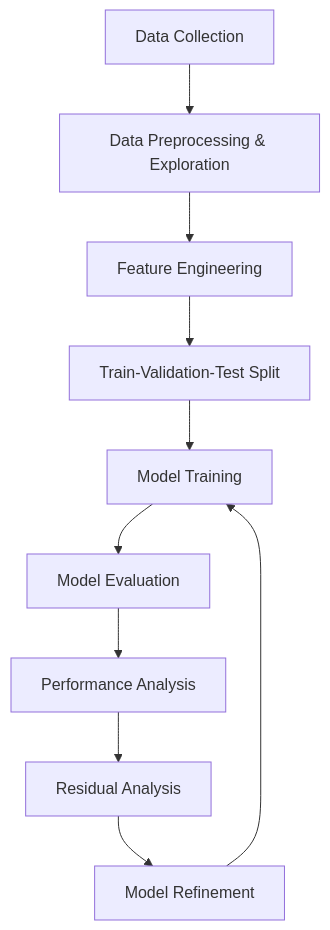
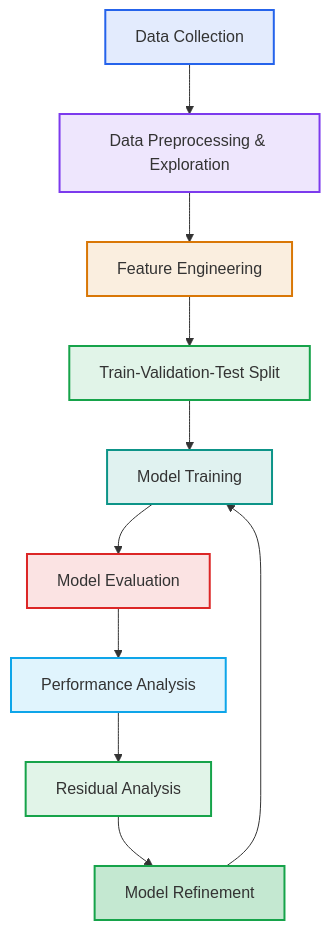
The second of 2 diagrams in 301.1-ml/intro.md (MadeInShineA/hei-course-summaries), drawn with Mermaid before and after one commit.

Commit message:
Unified graphs style in intro.md

````diff
--- a/301.1-ml/intro.md
+++ b/301.1-ml/intro.md
@@ -290,12 +290,22 @@
 ```mermaid
-graph TD
+flowchart TD
     A[Data Collection] --> B[Data Preprocessing & Exploration]
     B --> C[Feature Engineering]
     C --> D[Train-Validation-Test Split]
     D --> E[Model Training]
     E --> F[Model Evaluation]
     F --> G[Performance Analysis]
     G --> H[Residual Analysis]
     H --> I[Model Refinement]
     I --> E
+
+    style A fill:#2563eb20,stroke:#2563eb,stroke-width:2px
+    style B fill:#7c3aed20,stroke:#7c3aed,stroke-width:2px
+    style C fill:#d9770620,stroke:#d97706,stroke-width:2px
+    style D fill:#16a34a20,stroke:#16a34a,stroke-width:2px
+    style E fill:#0d948820,stroke:#0d9488,stroke-width:2px
+    style F fill:#dc262620,stroke:#dc2626,stroke-width:2px
+    style G fill:#0ea5e920,stroke:#0ea5e9,stroke-width:2px
+    style H fill:#16a34a20,stroke:#16a34a,stroke-width:2px
+    style I fill:#16a34a40,stroke:#16a34a,stroke-width:2px
 ```
````
